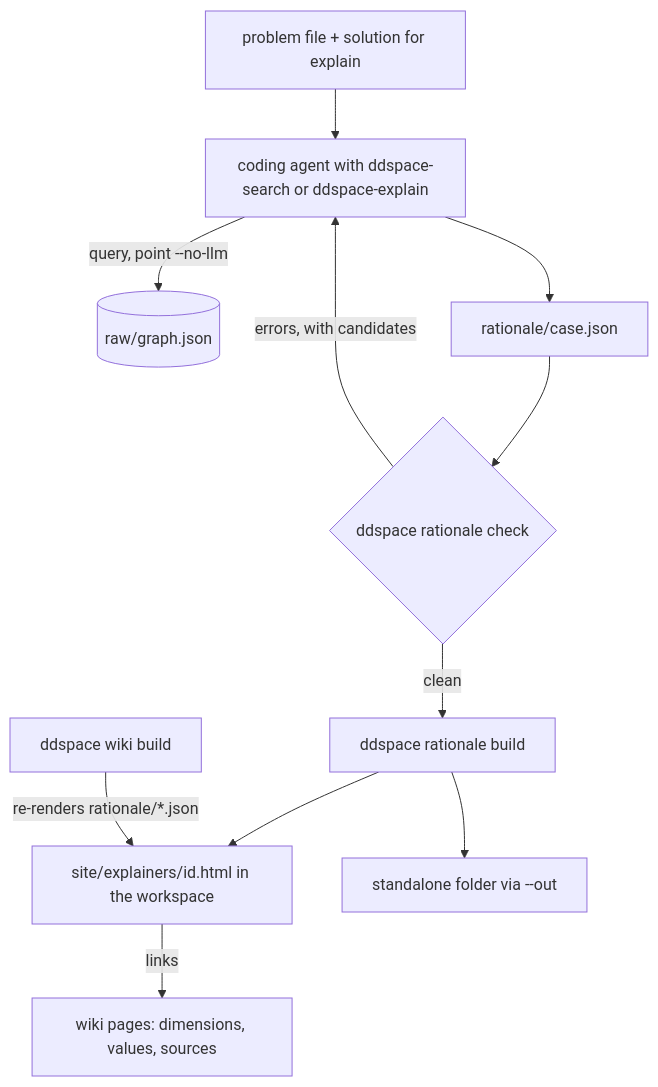
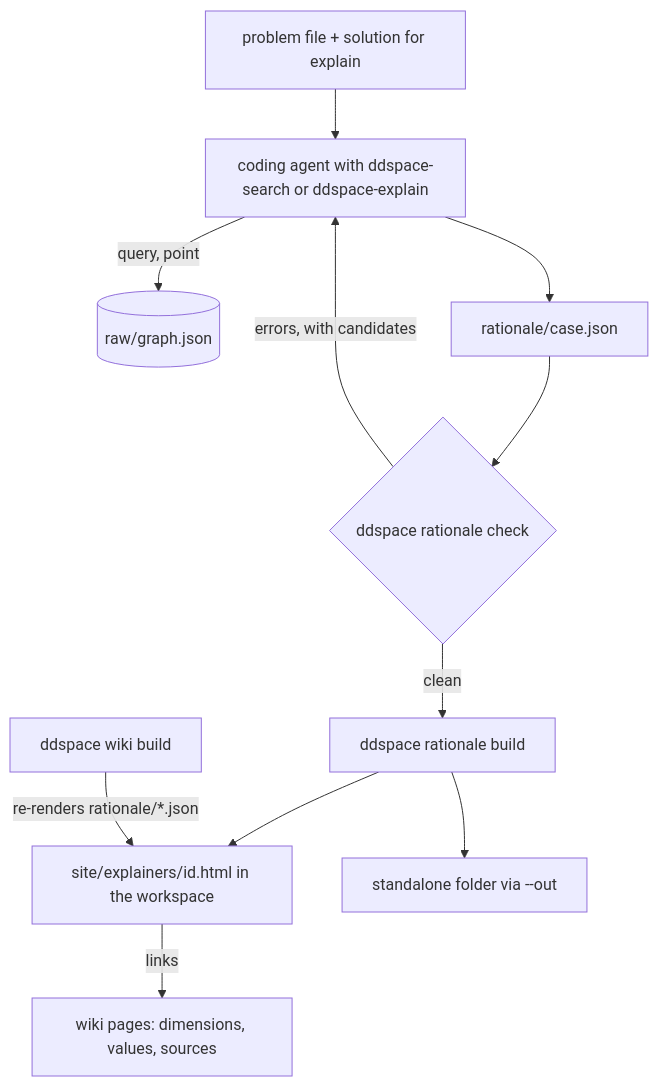
Before and after one commit to andresdp/delve: the diagram in docs/plans/2026-11-06-feat-rationale-search-explain-plan.md, drawn with Mermaid. The commit also changed other lines of this file and 6 other files, not shown here.

````diff
--- a/docs/plans/2026-11-06-feat-rationale-search-explain-plan.md
+++ b/docs/plans/2026-11-06-feat-rationale-search-explain-plan.md
@@ -186,13 +186,13 @@
 ```mermaid
 flowchart TB
   P[problem file + solution for explain] --> A[coding agent with ddspace-search or ddspace-explain]
-  A -->|query, point --no-llm| G[(raw/graph.json)]
+  A -->|query, point| G[(raw/graph.json)]
   A --> F[rationale/case.json]
   F --> C{ddspace rationale check}
   C -->|errors, with candidates| A
   C -->|clean| B[ddspace rationale build]
   B --> W[site/explainers/id.html in the workspace]
   B --> S[standalone folder via --out]
   W -->|links| K[wiki pages: dimensions, values, sources]
   R[ddspace wiki build] -->|re-renders rationale/*.json| W
 ```
````
